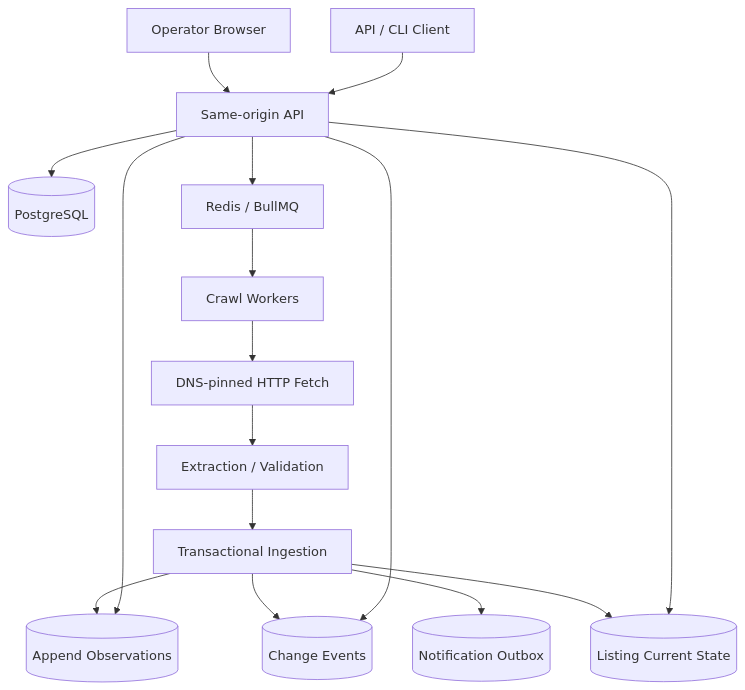
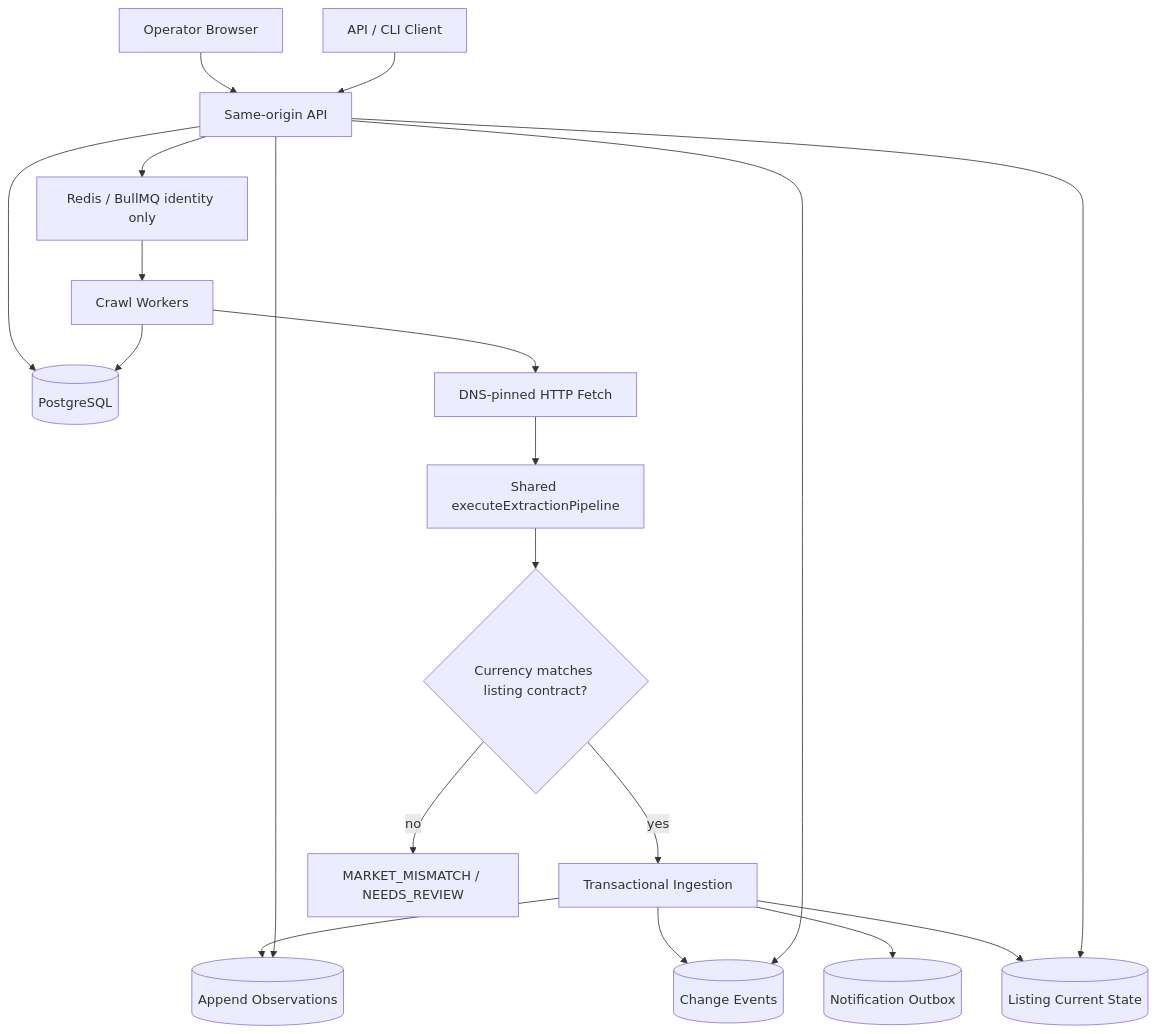
One commit to Iamanshuaditya/priceintel changed the first of 2 diagrams in docs/ARCHITECTURE.md. Above: the diagram before and after it, drawn with Mermaid. The commit also changed other lines of this file, not shown here.

Commit message:
docs: record reliability and market architecture

````diff
--- a/docs/ARCHITECTURE.md
+++ b/docs/ARCHITECTURE.md
@@ -5,18 +5,21 @@
 ```mermaid
 flowchart TD
   U[Operator Browser] --> A[Same-origin API]
   C[API / CLI Client] --> A
   A --> P[(PostgreSQL)]
-  A --> Q[Redis / BullMQ]
+  A --> Q[Redis / BullMQ identity only]
   Q --> K[Crawl Workers]
+  K --> P
   K --> H[DNS-pinned HTTP Fetch]
-  H --> X[Extraction / Validation]
-  X --> T[Transactional Ingestion]
+  H --> X[Shared executeExtractionPipeline]
+  X --> M{Currency matches listing contract?}
+  M -->|yes| T[Transactional Ingestion]
+  M -->|no| F[MARKET_MISMATCH / NEEDS_REVIEW]
   T --> O[(Append Observations)]
   T --> E[(Change Events)]
   T --> N[(Notification Outbox)]
   T --> L[(Listing Current State)]
   A --> L
   A --> O
   A --> E
 ```
````
